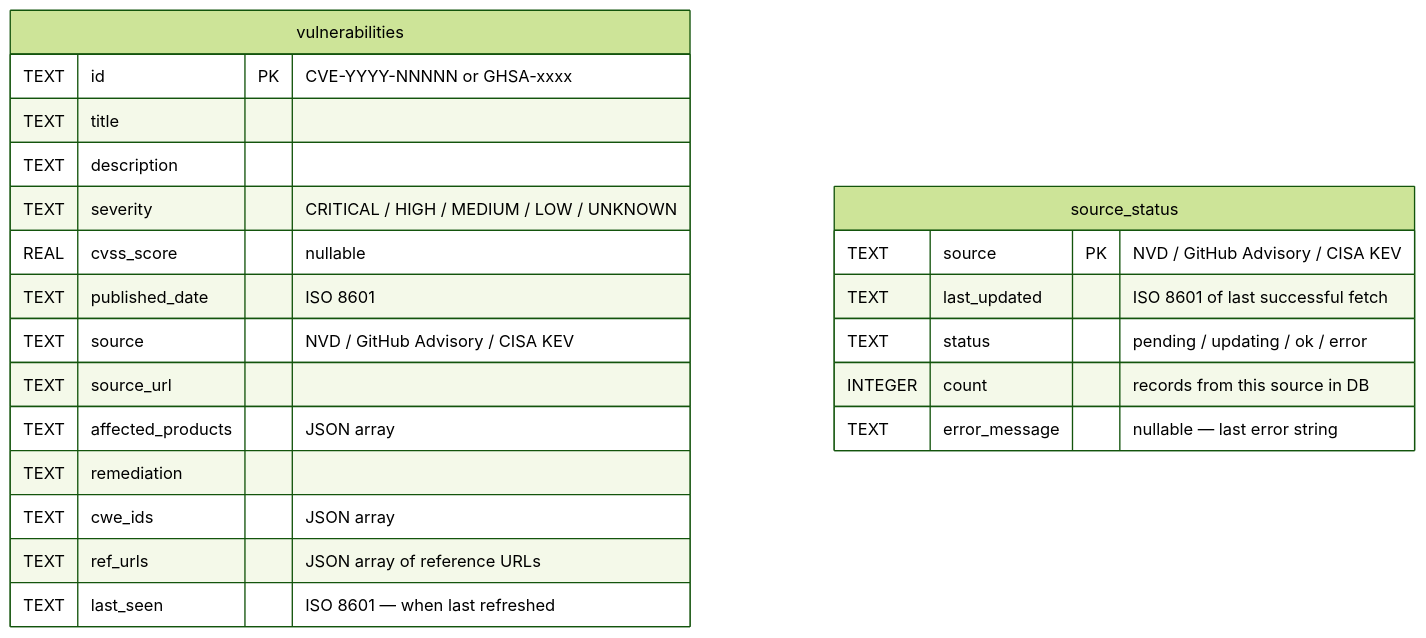
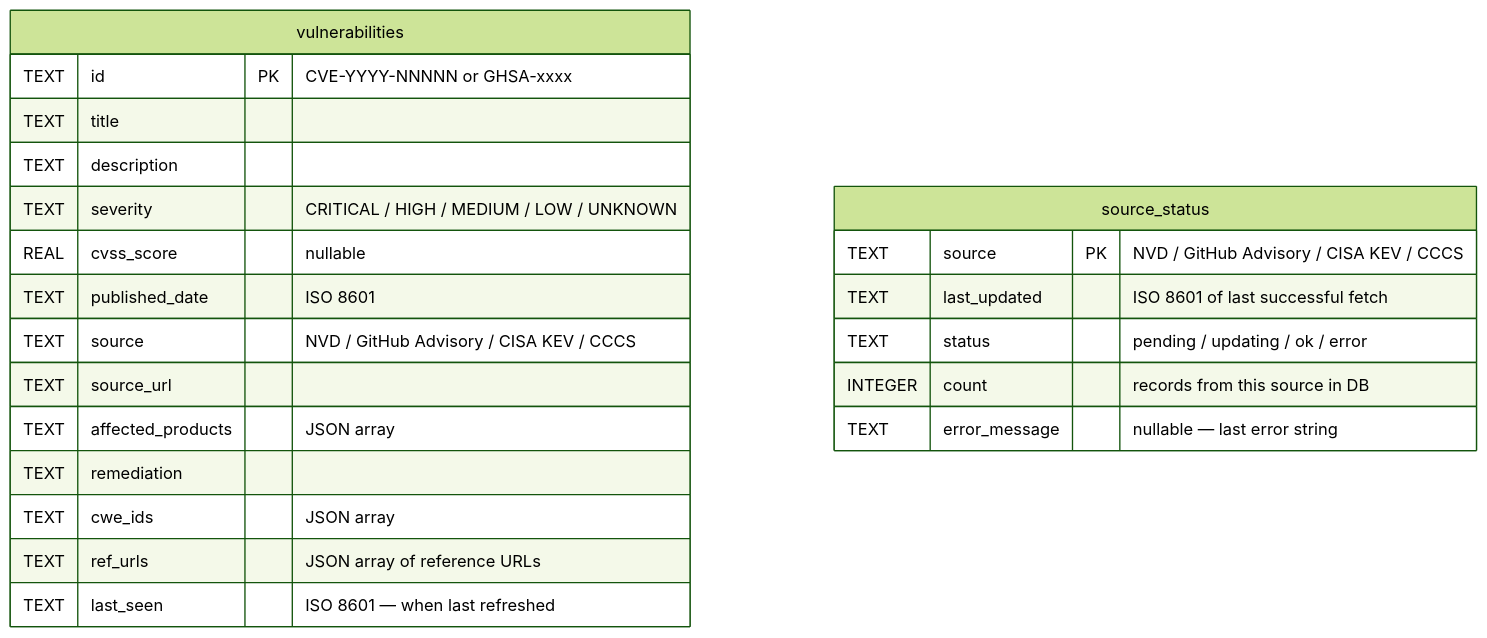
Before and after one commit to rampeand/vuln-tracker: the third of 4 diagrams in ARCHITECTURE.md, drawn with Mermaid (forest theme). The commit also changed other lines of this file and 6 other files, not shown here.

First line of the commit message:
Add CCCS (Canadian Centre for Cyber Security) as fourth data source

````diff
--- a/ARCHITECTURE.md
+++ b/ARCHITECTURE.md
@@ -146,26 +150,26 @@
 ```mermaid
 erDiagram
     vulnerabilities {
         TEXT id PK "CVE-YYYY-NNNNN or GHSA-xxxx"
         TEXT title
         TEXT description
         TEXT severity "CRITICAL / HIGH / MEDIUM / LOW / UNKNOWN"
         REAL cvss_score "nullable"
         TEXT published_date "ISO 8601"
-        TEXT source "NVD / GitHub Advisory / CISA KEV"
+        TEXT source "NVD / GitHub Advisory / CISA KEV / CCCS"
         TEXT source_url
         TEXT affected_products "JSON array"
         TEXT remediation
         TEXT cwe_ids "JSON array"
         TEXT ref_urls "JSON array of reference URLs"
         TEXT last_seen "ISO 8601 — when last refreshed"
     }
 
     source_status {
-        TEXT source PK "NVD / GitHub Advisory / CISA KEV"
+        TEXT source PK "NVD / GitHub Advisory / CISA KEV / CCCS"
         TEXT last_updated "ISO 8601 of last successful fetch"
         TEXT status "pending / updating / ok / error"
         INTEGER count "records from this source in DB"
         TEXT error_message "nullable — last error string"
     }
 ```
````
